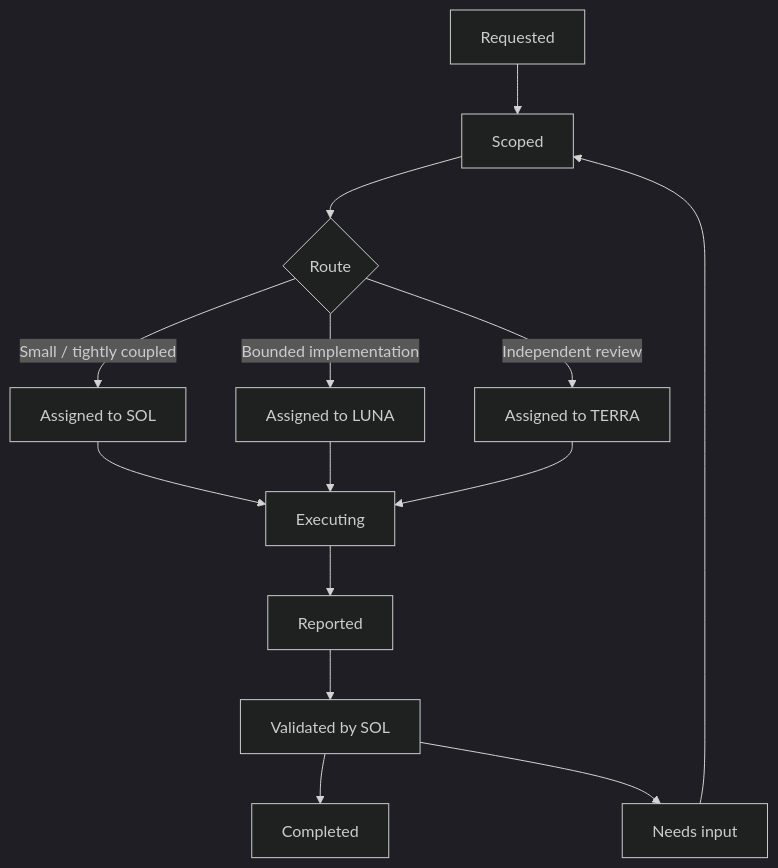
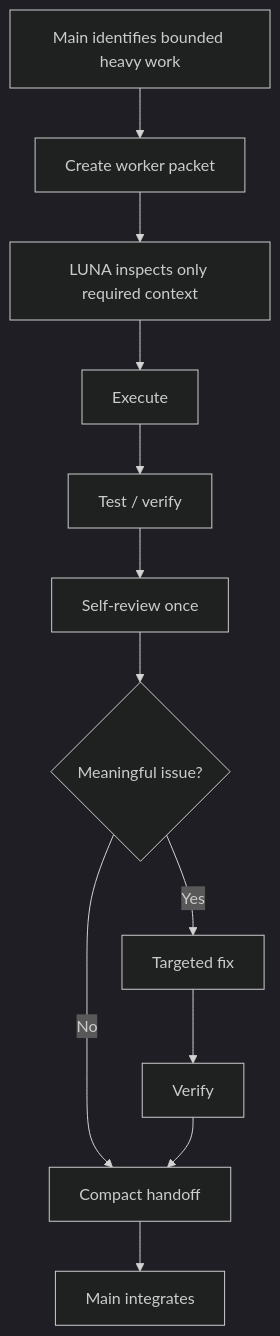
One commit to HakanBabus/AgentMaxxing changed the second of 2 diagrams in README.md. Above: the diagram before and after it, drawn with Mermaid (dark theme). The commit also changed other lines of this file and 27 other files, not shown here.

Commit message:
Redesign AgentMaxxing around bounded LUNA workers

````diff
--- a/README.md
+++ b/README.md
@@ -70,16 +202,14 @@
 ```mermaid
 flowchart TD
-    A[Requested] --> B[Scoped]
-    B --> C{Route}
-    C -->|Small / tightly coupled| D[Assigned to SOL]
-    C -->|Bounded implementation| E[Assigned to LUNA]
-    C -->|Independent review| F[Assigned to TERRA]
-    D --> G[Executing]
-    E --> G
-    F --> G
-    G --> H[Reported]
-    H --> I[Validated by SOL]
-    I --> J[Completed]
-    I --> K[Needs input]
-    K --> B
+    A[Main identifies bounded heavy work] --> B[Create worker packet]
+    B --> C[LUNA inspects only required context]
+    C --> D[Execute]
+    D --> E[Test / verify]
+    E --> F[Self-review once]
+    F --> G{Meaningful issue?}
+    G -- Yes --> H[Targeted fix]
+    H --> I[Verify]
+    G -- No --> J[Compact handoff]
+    I --> J
+    J --> K[Main integrates]
 ```
````
